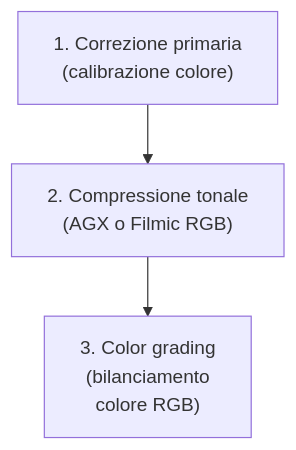
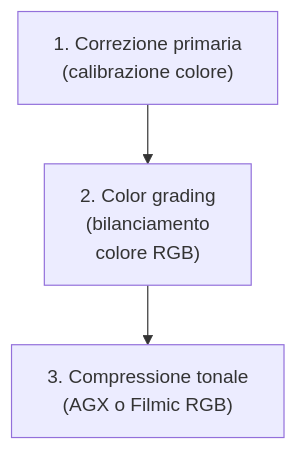
The diagram in docs/modules/color-balance-rgb.md (lorenzoperone/darktable-docs), drawn with Mermaid before and after one commit. The commit also changed other lines of this file and 36 other files, not shown here.

````diff
--- a/docs/modules/color-balance-rgb.md
+++ b/docs/modules/color-balance-rgb.md
@@ -23,4 +23,4 @@
 ```mermaid
 flowchart TD
-    A["1. Correzione primaria<br/>(calibrazione colore)"] --> B["2. Compressione tonale<br/>(AGX o Filmic RGB)"] --> C["3. Color grading<br/>(bilanciamento<br/>colore RGB)"]
+    A["1. Correzione primaria<br/>(calibrazione colore)"] --> B["2. Color grading<br/>(bilanciamento<br/>colore RGB)"] --> C["3. Compressione tonale<br/>(AGX o Filmic RGB)"]
 ```
````
